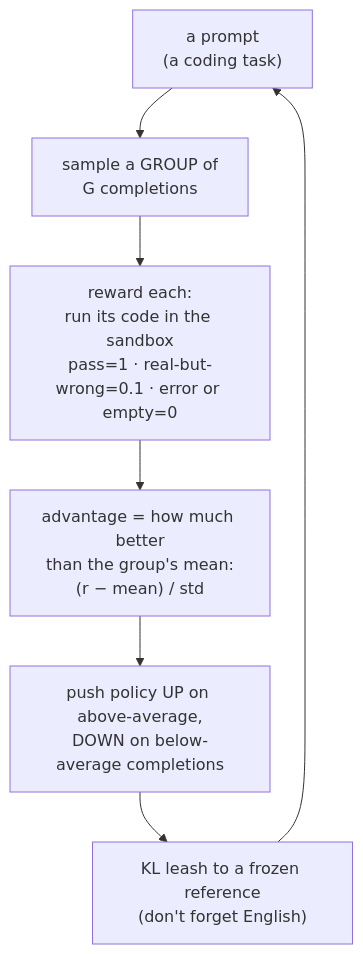
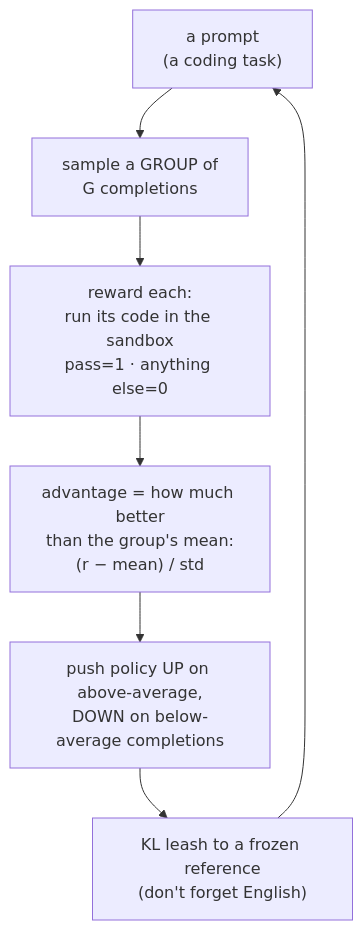
The third of 6 diagrams in docs/06-posttraining.md (kunwarmahen/aksharallm), drawn with Mermaid before and after one commit. The commit also changed other lines of this file and 3 other files, not shown here.

````diff
--- a/docs/06-posttraining.md
+++ b/docs/06-posttraining.md
@@ -331,9 +331,9 @@
 ```mermaid
 flowchart TD
     P["a prompt<br/>(a coding task)"] --> S["sample a GROUP of<br/>G completions"]
-    S --> R["reward each:<br/>run its code in the sandbox<br/>pass=1 · real-but-wrong=0.1 · error or empty=0"]
+    S --> R["reward each:<br/>run its code in the sandbox<br/>pass=1 · anything else=0"]
     R --> A["advantage = how much better<br/>than the group's mean:<br/>(r − mean) / std"]
     A --> U["push policy UP on above-average,<br/>DOWN on below-average completions"]
     U --> KL["KL leash to a frozen reference<br/>(don't forget English)"]
     KL --> P
 ```
````
